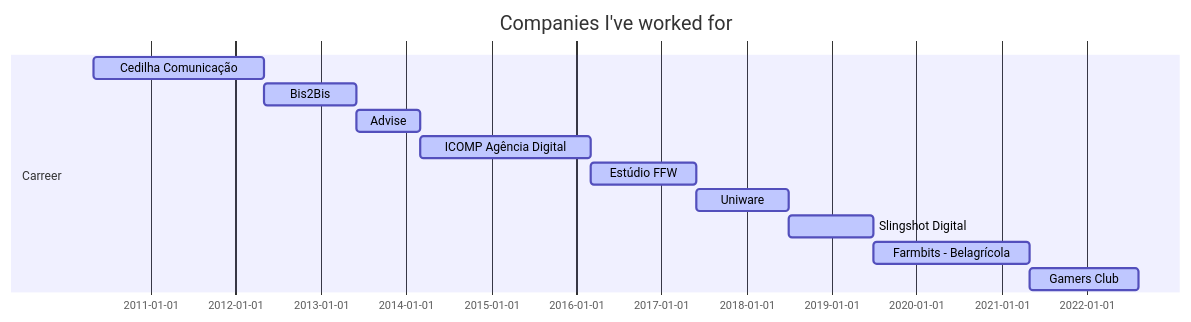
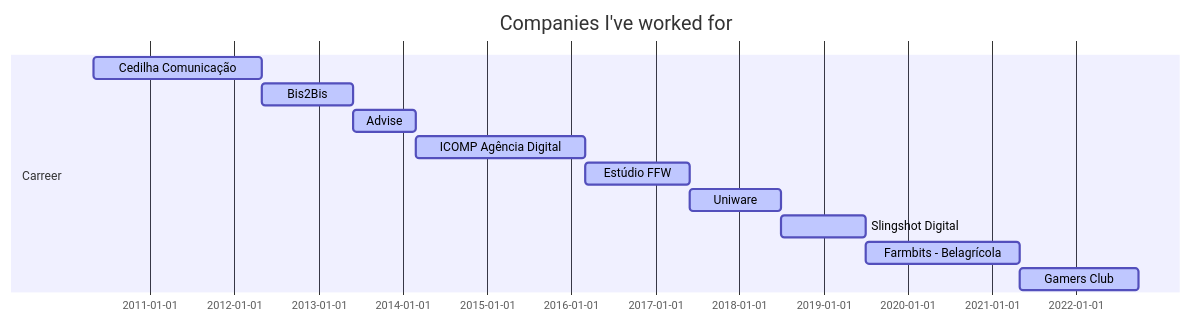
Before and after one commit to perdidao/perdidao: the diagram in README.md, drawn with Mermaid.

Commit message:
:pencil2: updating GC end date

````diff
--- a/README.md
+++ b/README.md
@@ -22,19 +22,19 @@
 ```mermaid
 
 gantt
 dateFormat  YYYY-MM-DD
 todayMarker off
 title Companies I've worked for
 
 section Carreer
 Cedilha Comunicação                   :active,, 2010-05-01,2012-05-01
 Bis2Bis                               :active,, 2012-05-01,2013-06-01
 Advise                                :active,, 2013-06-01,2014-03-01
 ICOMP Agência Digital                 :active,, 2014-03-01,2016-03-01
 Estúdio FFW                           :active,, 2016-03-01,2017-06-01
 Uniware                               :active,, 2017-06-01,2018-07-01
 Slingshot Digital                     :active,, 2018-07-01,2019-07-01
 Farmbits - Belagrícola                :active,, 2019-07-01,2021-05-01
-Gamers Club                           :active,, 2021-05-01,2022-08-09
+Gamers Club                           :active,, 2021-05-01,2022-09-28
 
 ```
````
